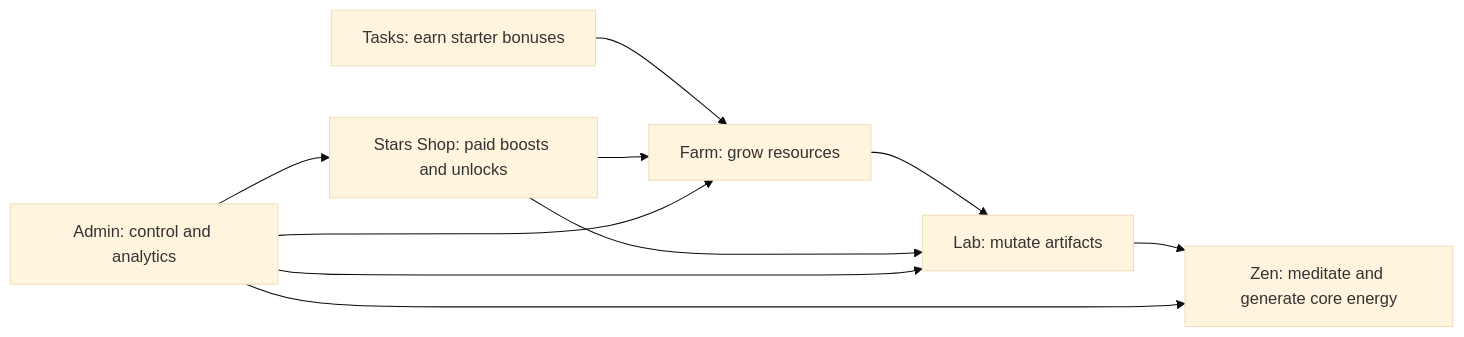
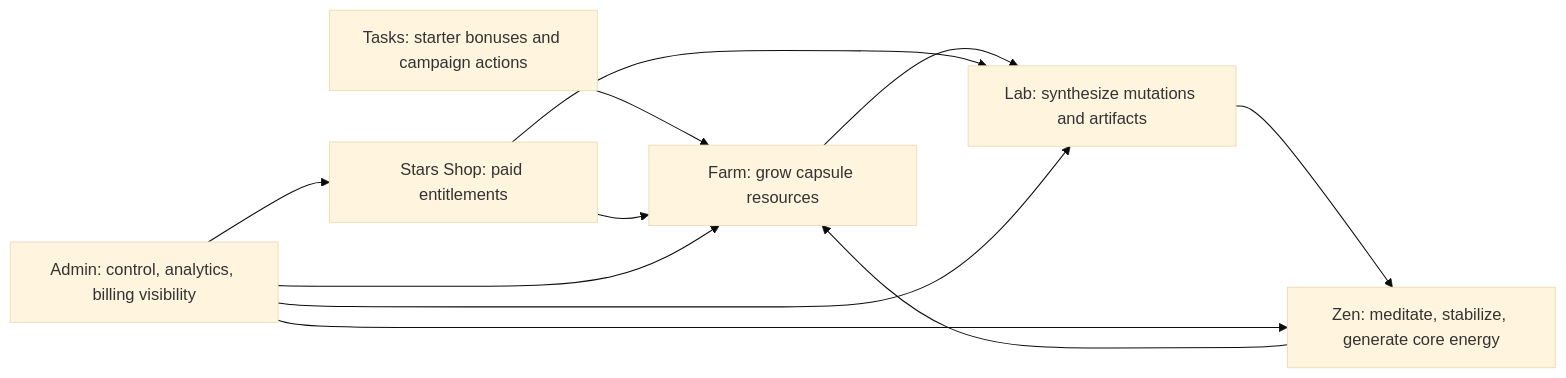
The diagram in docs/rooms/ROOM_INDEX.md (AleksKyiv/telegramtycoon), drawn with Mermaid (base theme) before and after one commit. The commit also changed other lines of this file and 50 other files, not shown here.

Commit message:
Launch updated farm lab zen product flow

````diff
--- a/docs/rooms/ROOM_INDEX.md
+++ b/docs/rooms/ROOM_INDEX.md
@@ -5,12 +5,13 @@
 ```mermaid
 flowchart LR
-  Farm["Farm: grow resources"] --> Lab["Lab: mutate artifacts"]
-  Lab --> Zen["Zen: meditate and generate core energy"]
-  Tasks["Tasks: earn starter bonuses"] --> Farm
-  Stars["Stars Shop: paid boosts and unlocks"] --> Farm
+  Farm["Farm: grow capsule resources"] --> Lab["Lab: synthesize mutations and artifacts"]
+  Lab --> Zen["Zen: meditate, stabilize, generate core energy"]
+  Zen --> Farm
+  Tasks["Tasks: starter bonuses and campaign actions"] --> Farm
+  Stars["Stars Shop: paid entitlements"] --> Farm
   Stars --> Lab
-  Admin["Admin: control and analytics"] --> Farm
+  Admin["Admin: control, analytics, billing visibility"] --> Farm
   Admin --> Lab
   Admin --> Zen
   Admin --> Stars
 ```
````
